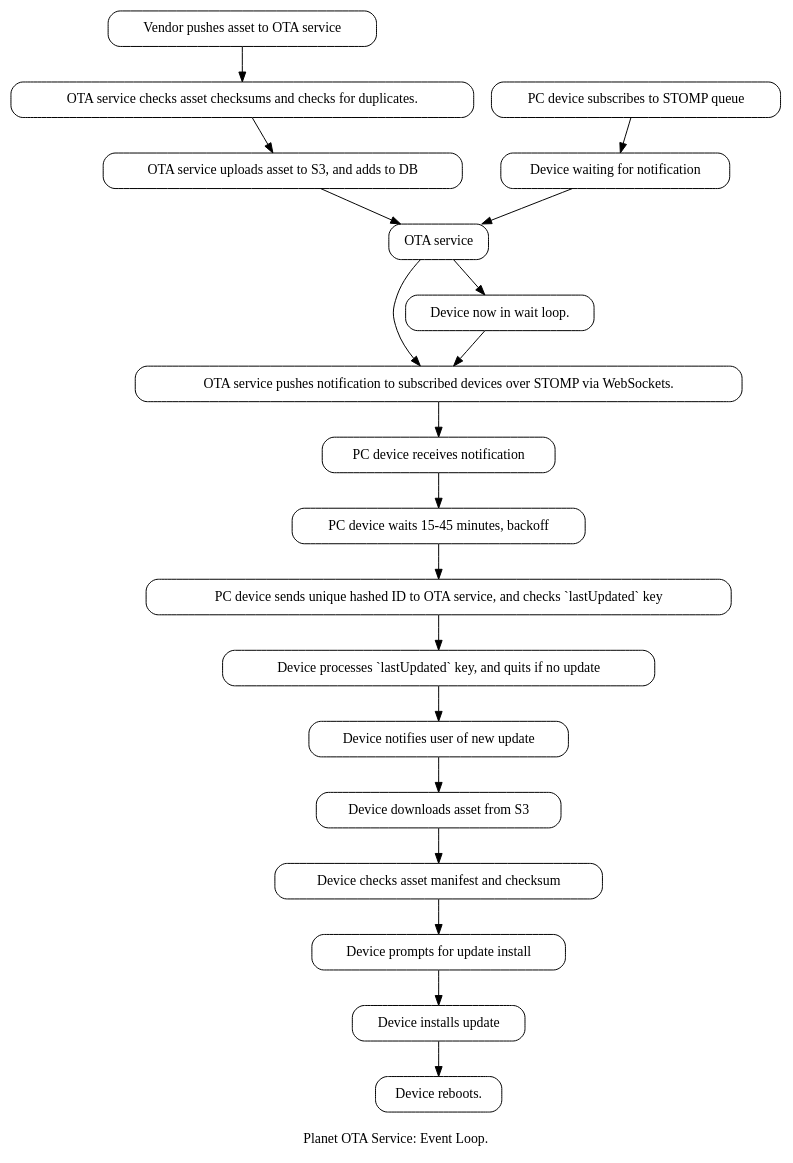
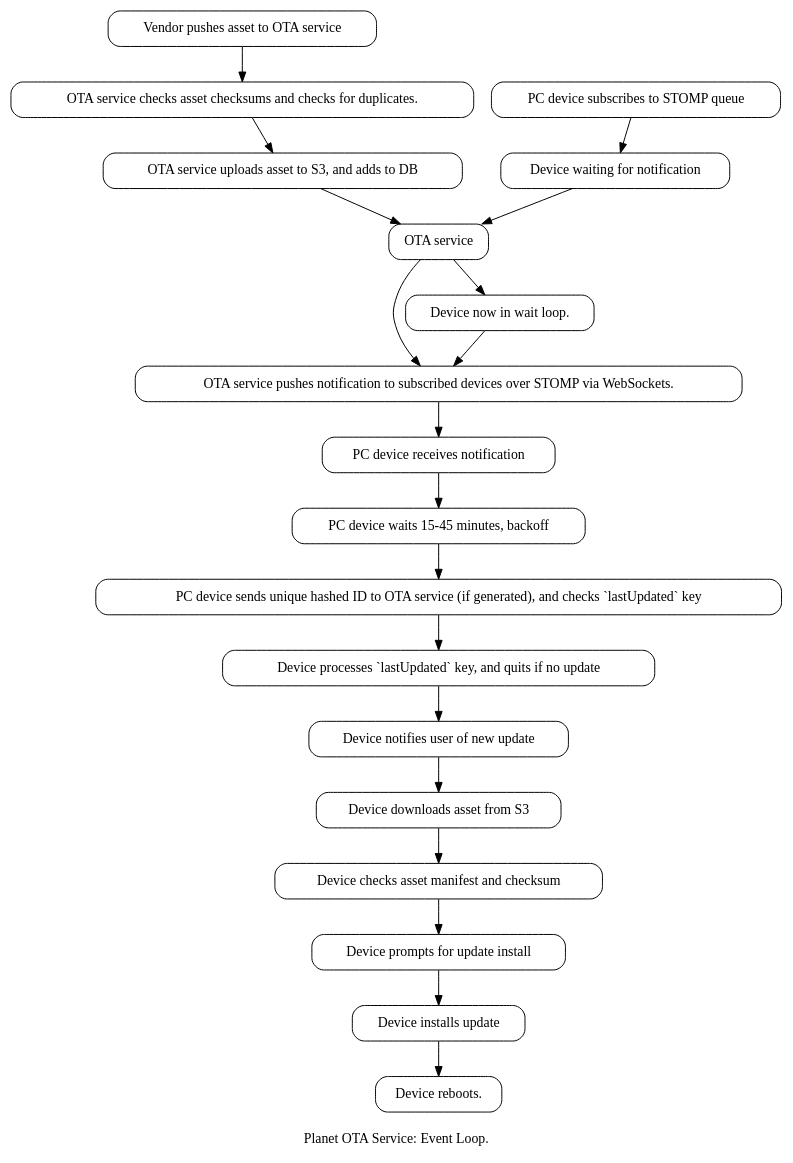
The diagram in diagrams/planet_ota_service_procedure.gv (planet-community/planet_ota), drawn with Graphviz before and after one commit.

Commit message:
docs(diagram): Update diagramSigned-off-by: Dom Rodriguez <shymega@shymega.org.uk>

```diff
--- a/diagrams/planet_ota_service_procedure.gv
+++ b/diagrams/planet_ota_service_procedure.gv
@@ -1,36 +1,36 @@
 digraph PlanetOtaUpdateEventLoop {
     label = "\nPlanet OTA Service: Event Loop.";
     node [shape=box, style=rounded];
 
     vendor_push [label = "Vendor pushes asset to OTA service"];
     ota_check_before_process [label = "OTA service checks asset checksums and checks for duplicates."];
     ota_process [label = "OTA service uploads asset to S3, and adds to DB"];
     ota_notify [label = "OTA service pushes notification to subscribed devices over STOMP via WebSockets."]
     ota_service [label = "OTA service"];
 
     vendor_push->ota_check_before_process->ota_process->ota_service;
     ota_service->ota_notify;
 
     device_enter [label = "PC device subscribes to STOMP queue"];
     device_wait [label = "Device waiting for notification"]
     device_in_loop [label = "Device now in wait loop."];
     device_receive_notify [label = "PC device receives notification"];
     device_wait_backoff [label = "PC device waits 15-45 minutes, backoff"];
-    device_sends_meta [label = "PC device sends unique hashed ID to OTA service, and checks `lastUpdated` key"];
+    device_sends_meta [label = "PC device sends unique hashed ID to OTA service (if generated), and checks `lastUpdated` key"];
     device_process_listing [label = "Device processes `lastUpdated` key, and quits if no update"]
     
     device_enter->device_wait->ota_service->device_in_loop->ota_notify;
     ota_notify->device_receive_notify;
     device_receive_notify->device_wait_backoff->device_sends_meta->device_process_listing;
     
     device_notifies_user [label = "Device notifies user of new update"];
     device_dl_from_s3 [label = "Device downloads asset from S3"];
     device_checks_checksum [label = "Device checks asset manifest and checksum"];
     device_prompts_for_install [label = "Device prompts for update install"];
     device_install_update [label = "Device installs update"];
     device_reboot [label = "Device reboots."]
 
     device_process_listing->device_notifies_user;
     device_notifies_user->device_dl_from_s3->device_checks_checksum;
     device_checks_checksum->device_prompts_for_install->device_install_update->device_reboot;
 }
```
